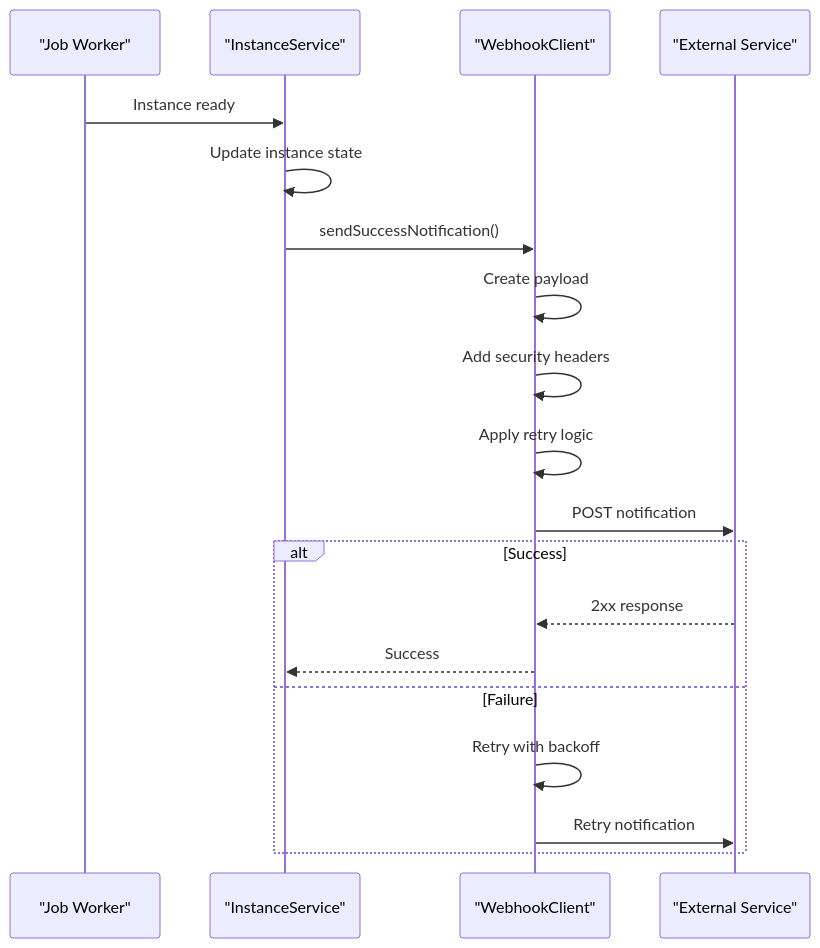
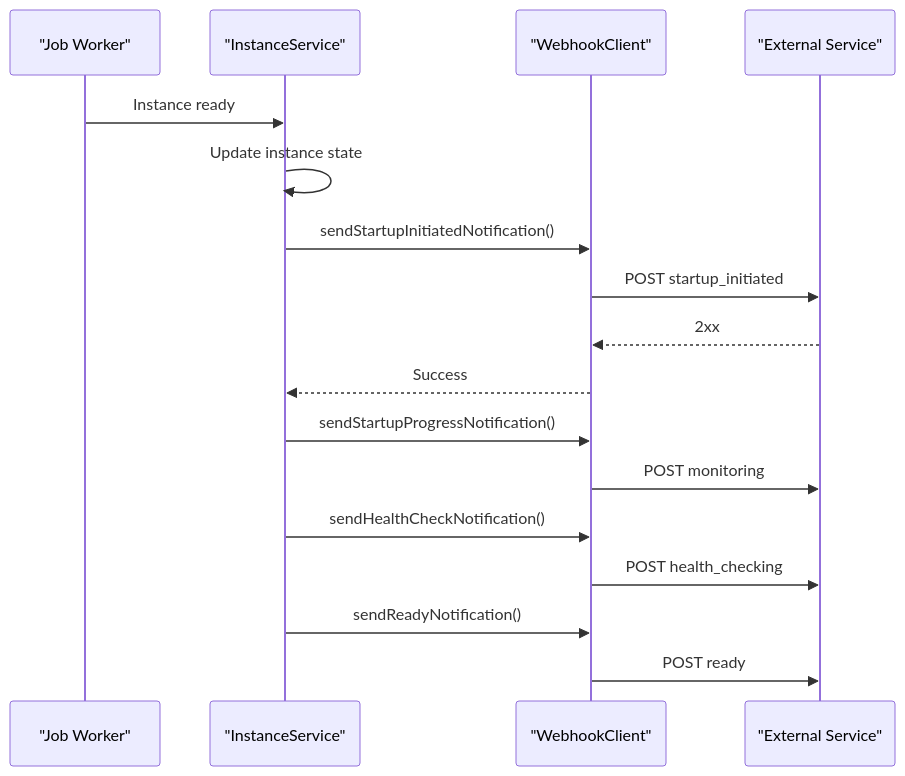
One commit to sontl/novita-ai-api changed the ninth of 10 diagrams in .qoder/repowiki/en/content/External Integrations/Webhook Notification System.md. Above: the diagram before and after it, drawn with Mermaid. The commit also changed other lines of this file and 76 other files, not shown here.

````diff
--- a/.qoder/repowiki/en/content/External Integrations/Webhook Notification System.md
+++ b/.qoder/repowiki/en/content/External Integrations/Webhook Notification System.md
@@ -225,21 +401,19 @@
 ```mermaid
 sequenceDiagram
 participant JobWorker as "Job Worker"
 participant InstanceService as "InstanceService"
 participant WebhookClient as "WebhookClient"
 participant ExternalService as "External Service"
 JobWorker->>InstanceService : Instance ready
 InstanceService->>InstanceService : Update instance state
-InstanceService->>WebhookClient : sendSuccessNotification()
-WebhookClient->>WebhookClient : Create payload
-WebhookClient->>WebhookClient : Add security headers
-WebhookClient->>WebhookClient : Apply retry logic
-WebhookClient->>ExternalService : POST notification
-alt Success
-ExternalService-->>WebhookClient : 2xx response
+InstanceService->>WebhookClient : sendStartupInitiatedNotification()
+WebhookClient->>ExternalService : POST startup_initiated
+ExternalService-->>WebhookClient : 2xx
 WebhookClient-->>InstanceService : Success
-else Failure
-WebhookClient->>WebhookClient : Retry with backoff
-WebhookClient->>ExternalService : Retry notification
-end
+InstanceService->>WebhookClient : sendStartupProgressNotification()
+WebhookClient->>ExternalService : POST monitoring
+InstanceService->>WebhookClient : sendHealthCheckNotification()
+WebhookClient->>ExternalService : POST health_checking
+InstanceService->>WebhookClient : sendReadyNotification()
+WebhookClient->>ExternalService : POST ready
 ```
````
